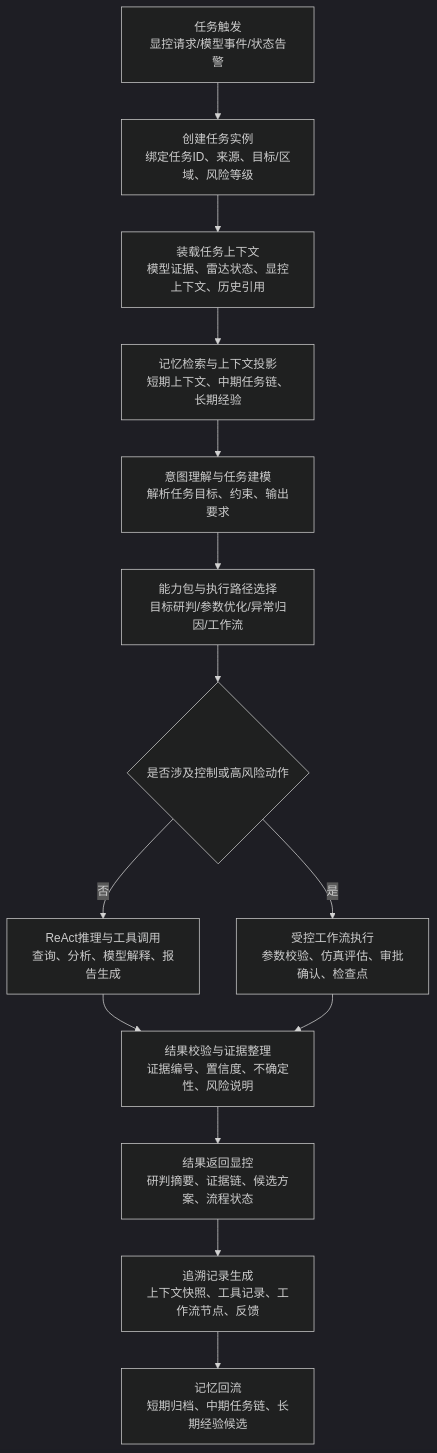
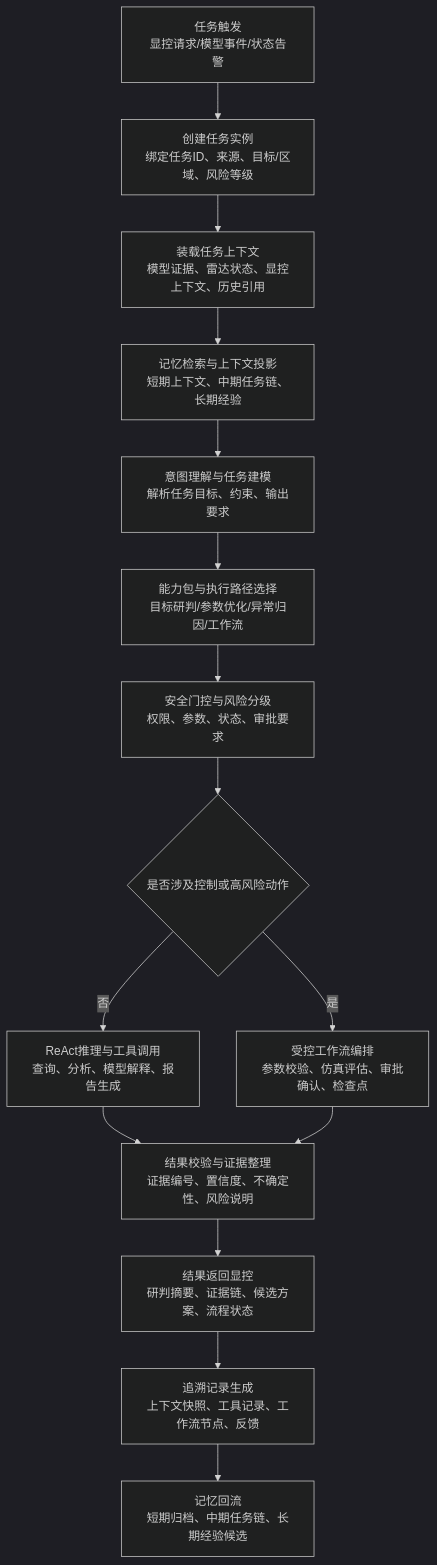
The second of 7 diagrams in radar agent/4.3.3.2 LD智能体子系统技术方案.md (StormSeven1/obsidian-vault), drawn with Mermaid (dark theme) before and after one commit. The commit also changed other lines of this file, not shown here.

````diff
--- a/radar agent/4.3.3.2 LD智能体子系统技术方案.md
+++ b/radar agent/4.3.3.2 LD智能体子系统技术方案.md
@@ -65,16 +65,17 @@
 ```mermaid
 flowchart TD
     A[任务触发<br/>显控请求/模型事件/状态告警] --> B[创建任务实例<br/>绑定任务ID、来源、目标/区域、风险等级]
     B --> C[装载任务上下文<br/>模型证据、雷达状态、显控上下文、历史引用]
     C --> D[记忆检索与上下文投影<br/>短期上下文、中期任务链、长期经验]
     D --> E[意图理解与任务建模<br/>解析任务目标、约束、输出要求]
     E --> F[能力包与执行路径选择<br/>目标研判/参数优化/异常归因/工作流]
-    F --> G{是否涉及控制或高风险动作}
-    G -- 否 --> H[ReAct推理与工具调用<br/>查询、分析、模型解释、报告生成]
-    G -- 是 --> I[受控工作流执行<br/>参数校验、仿真评估、审批确认、检查点]
+    F --> G[安全门控与风险分级<br/>权限、参数、状态、审批要求]
+    G --> R{是否涉及控制或高风险动作}
+    R -- 否 --> H[ReAct推理与工具调用<br/>查询、分析、模型解释、报告生成]
+    R -- 是 --> I[受控工作流编排<br/>参数校验、仿真评估、审批确认、检查点]
     H --> J[结果校验与证据整理<br/>证据编号、置信度、不确定性、风险说明]
     I --> J
     J --> K[结果返回显控<br/>研判摘要、证据链、候选方案、流程状态]
     K --> L[追溯记录生成<br/>上下文快照、工具记录、工作流节点、反馈]
     L --> M[记忆回流<br/>短期归档、中期任务链、长期经验候选]
 ```
````
